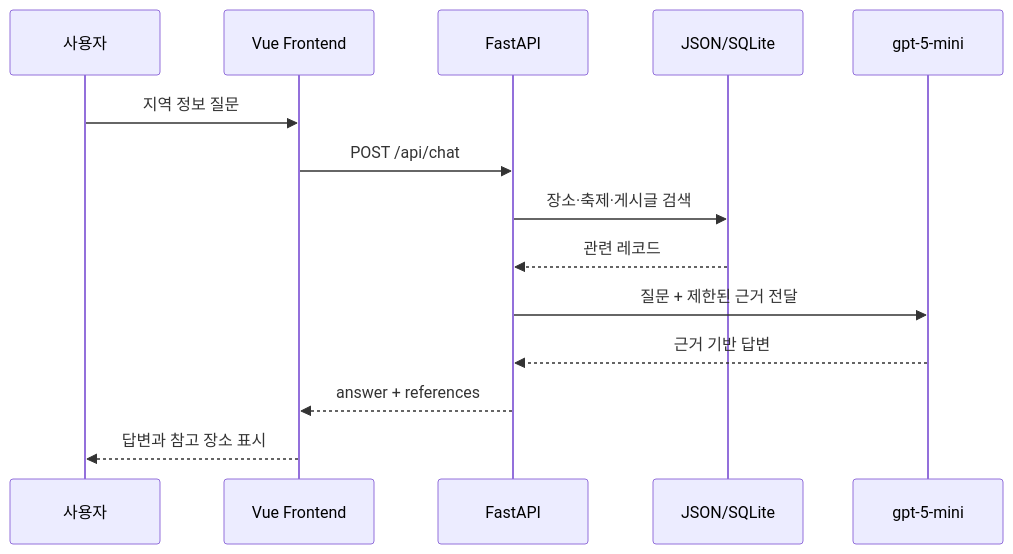
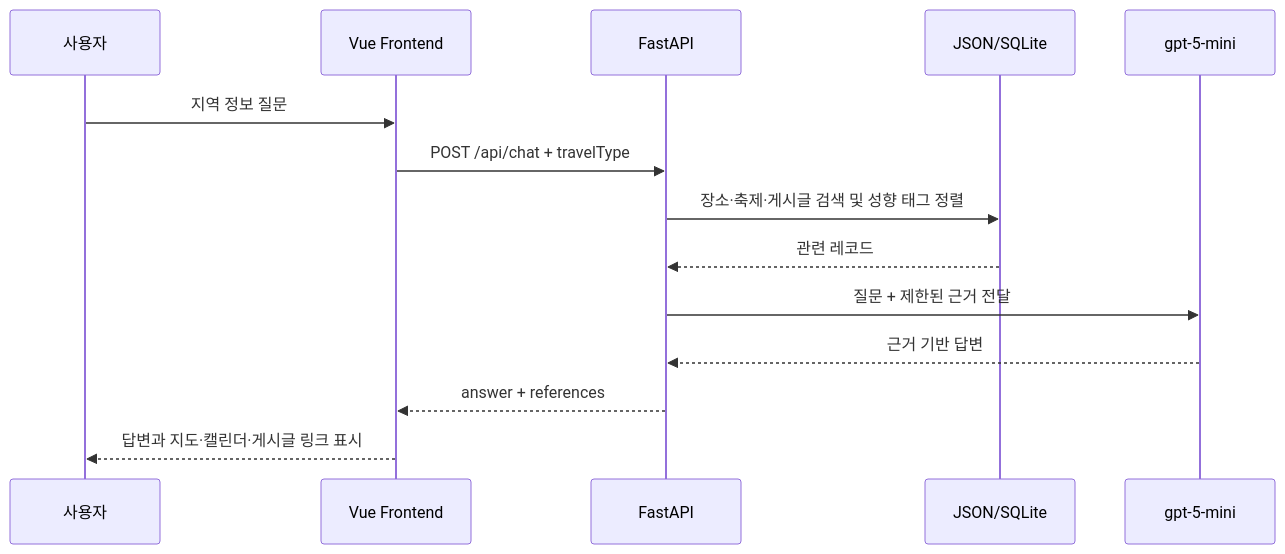
The second of 3 diagrams in README.md (WonhyeongChae/start_camp_16_6), drawn with Mermaid before and after one commit. The commit also changed other lines of this file and 5 other files, not shown here.

````diff
--- a/README.md
+++ b/README.md
@@ -60,16 +60,16 @@
 ```mermaid
 sequenceDiagram
     participant User as 사용자
     participant FE as Vue Frontend
     participant API as FastAPI
     participant Data as JSON/SQLite
     participant GPT as gpt-5-mini
     User->>FE: 지역 정보 질문
-    FE->>API: POST /api/chat
-    API->>Data: 장소·축제·게시글 검색
+    FE->>API: POST /api/chat + travelType
+    API->>Data: 장소·축제·게시글 검색 및 성향 태그 정렬
     Data-->>API: 관련 레코드
     API->>GPT: 질문 + 제한된 근거 전달
     GPT-->>API: 근거 기반 답변
     API-->>FE: answer + references
-    FE-->>User: 답변과 참고 장소 표시
+    FE-->>User: 답변과 지도·캘린더·게시글 링크 표시
 ```
````
